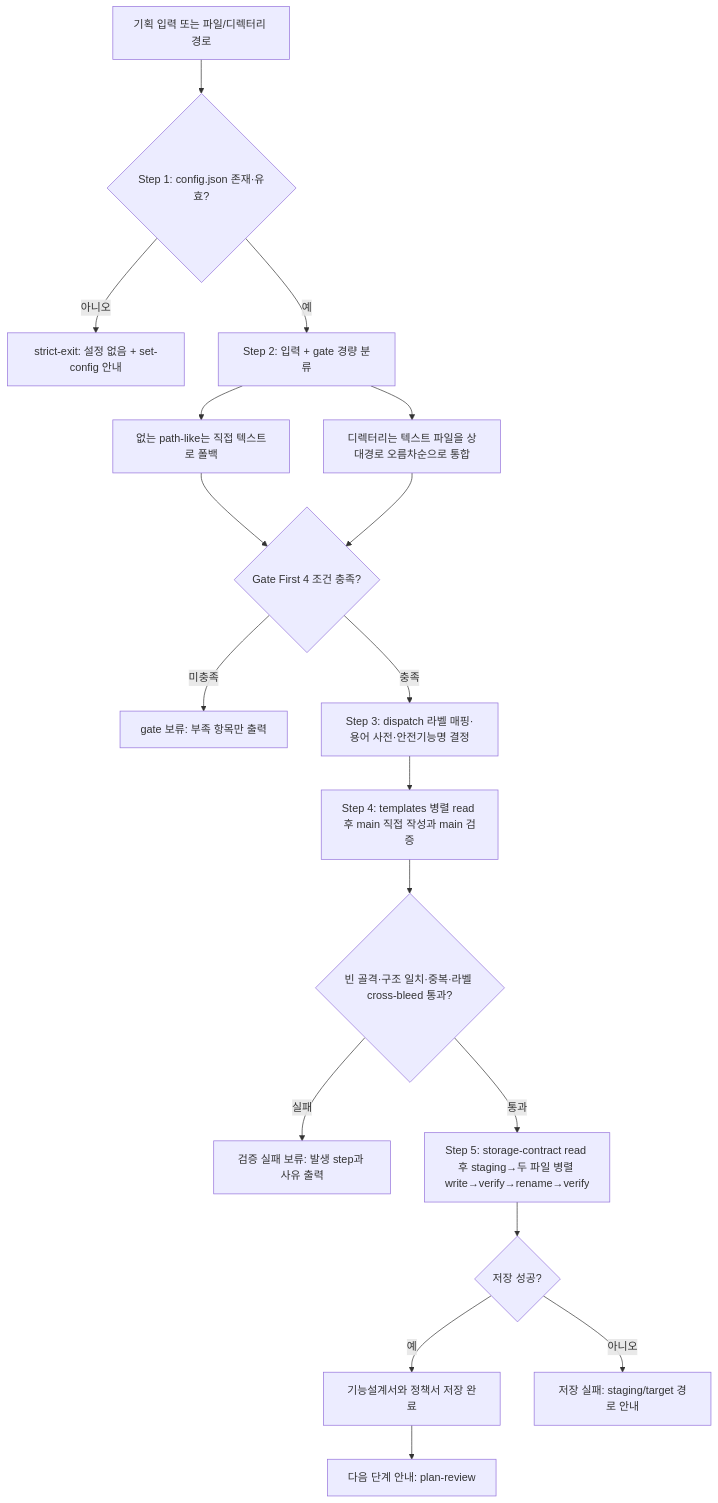
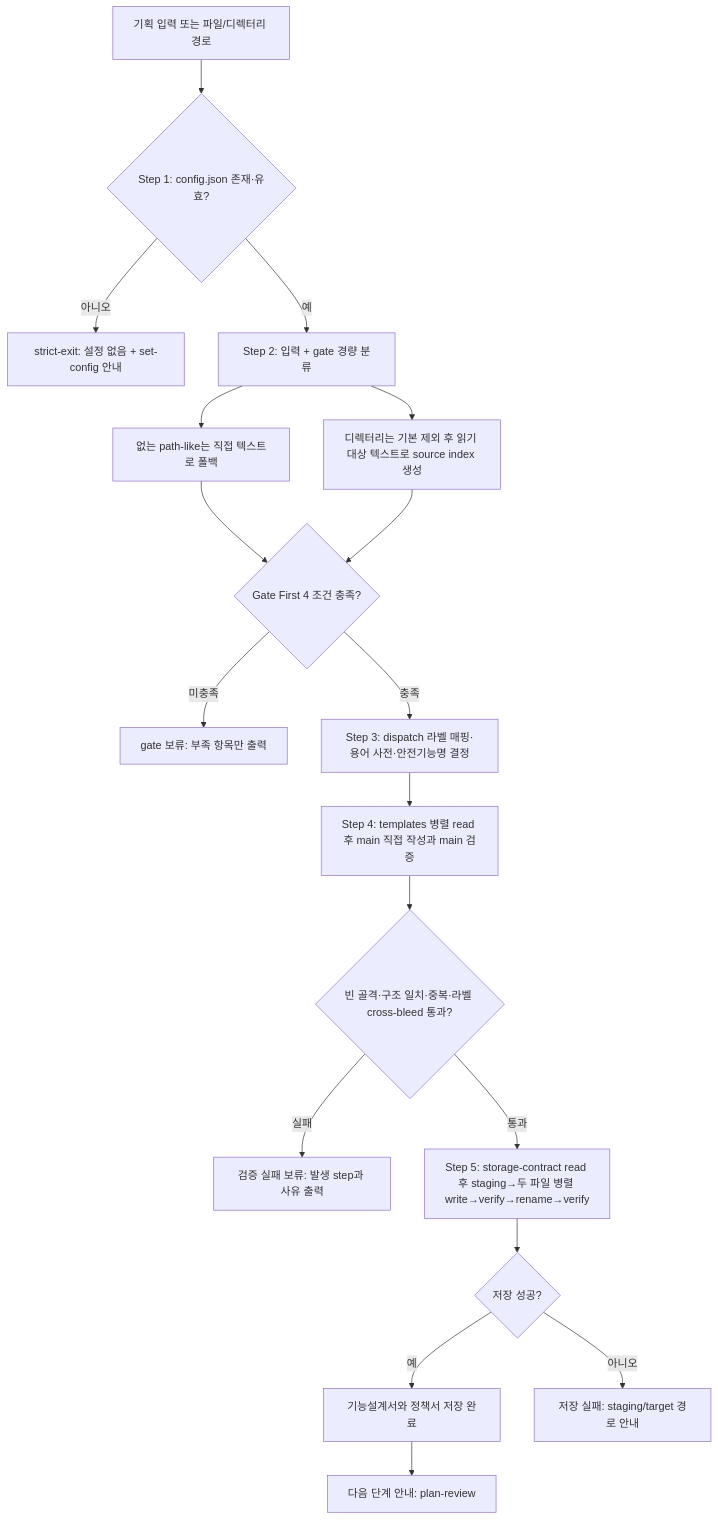
One commit to inkwonjung-colosseum/plugins changed the third of 5 diagrams in product-team-kit/docs/skills-workflow.md. Above: the diagram before and after it, drawn with Mermaid. The commit also changed other lines of this file and 19 other files, not shown here.

````diff
--- a/product-team-kit/docs/skills-workflow.md
+++ b/product-team-kit/docs/skills-workflow.md
@@ -137,20 +137,20 @@
 ```mermaid
 flowchart TD
     A[기획 입력 또는 파일/디렉터리 경로] --> S1{Step 1: config.json 존재·유효?}
     S1 -- 아니오 --> S1X[strict-exit: 설정 없음 + set-config 안내]
     S1 -- 예 --> B[Step 2: 입력 + gate 경량 분류]
     B --> B1[없는 path-like는 직접 텍스트로 폴백]
-    B --> B2[디렉터리는 텍스트 파일을 상대경로 오름차순으로 통합]
+    B --> B2[디렉터리는 기본 제외 후 읽기 대상 텍스트로 source index 생성]
     B1 --> D{Gate First 4 조건 충족?}
     B2 --> D
     D -- 미충족 --> E[gate 보류: 부족 항목만 출력]
     D -- 충족 --> G[Step 3: dispatch 라벨 매핑·용어 사전·안전기능명 결정]
     G --> H[Step 4: templates 병렬 read 후 main 직접 작성과 main 검증]
     H --> V{빈 골격·구조 일치·중복·라벨 cross-bleed 통과?}
     V -- 실패 --> R[검증 실패 보류: 발생 step과 사유 출력]
     V -- 통과 --> S[Step 5: storage-contract read 후 staging→두 파일 병렬 write→verify→rename→verify]
     S --> N{저장 성공?}
     N -- 예 --> O[기능설계서와 정책서 저장 완료]
     N -- 아니오 --> P[저장 실패: staging/target 경로 안내]
     O --> Q[다음 단계 안내: plan-review]
 ```
````
